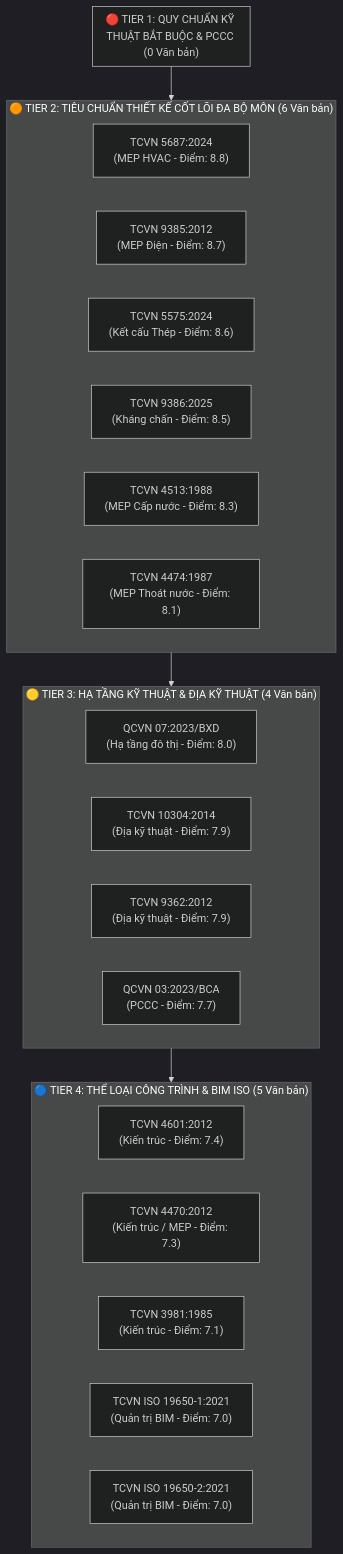
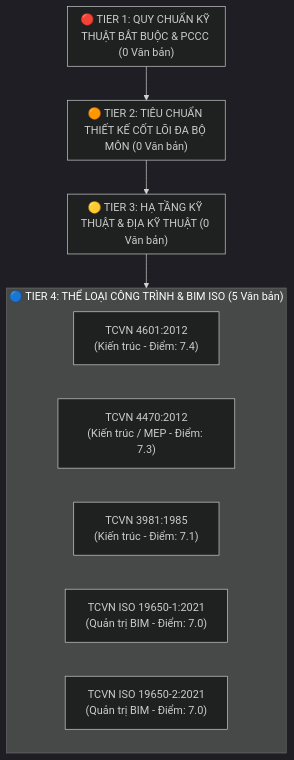
Before and after one commit to vvChu/ccba-legal-knowledge: the diagram in .md/knowledge/expansion_roadmap.md, drawn with Mermaid (dark theme). The commit also changed other lines of this file and 1099 other files, not shown here.

````diff
--- a/.md/knowledge/expansion_roadmap.md
+++ b/.md/knowledge/expansion_roadmap.md
@@ -23,33 +23,23 @@
 ```mermaid
 graph TD
     subgraph T1["🔴 TIER 1: QUY CHUẨN KỸ THUẬT BẮT BUỘC & PCCC (0 Văn bản)"]
     end
 
-    subgraph T2["🟠 TIER 2: TIÊU CHUẨN THIẾT KẾ CỐT LÕI ĐA BỘ MÔN (6 Văn bản)"]
-        T2_1["TCVN 5687:2024<br/>(MEP HVAC - Điểm: 8.8)"]
-        T2_2["TCVN 9385:2012<br/>(MEP Điện - Điểm: 8.7)"]
-        T2_3["TCVN 5575:2024<br/>(Kết cấu Thép - Điểm: 8.6)"]
-        T2_4["TCVN 9386:2025<br/>(Kháng chấn - Điểm: 8.5)"]
-        T2_5["TCVN 4513:1988<br/>(MEP Cấp nước - Điểm: 8.3)"]
-        T2_6["TCVN 4474:1987<br/>(MEP Thoát nước - Điểm: 8.1)"]
+    subgraph T2["🟠 TIER 2: TIÊU CHUẨN THIẾT KẾ CỐT LÕI ĐA BỘ MÔN (0 Văn bản)"]
     end
 
-    subgraph T3["🟡 TIER 3: HẠ TẦNG KỸ THUẬT & ĐỊA KỸ THUẬT (4 Văn bản)"]
-        T3_1["QCVN 07:2023/BXD<br/>(Hạ tầng đô thị - Điểm: 8.0)"]
-        T3_2["TCVN 10304:2014<br/>(Địa kỹ thuật - Điểm: 7.9)"]
-        T3_3["TCVN 9362:2012<br/>(Địa kỹ thuật - Điểm: 7.9)"]
-        T3_4["QCVN 03:2023/BCA<br/>(PCCC - Điểm: 7.7)"]
+    subgraph T3["🟡 TIER 3: HẠ TẦNG KỸ THUẬT & ĐỊA KỸ THUẬT (0 Văn bản)"]
     end
 
     subgraph T4["🔵 TIER 4: THỂ LOẠI CÔNG TRÌNH & BIM ISO (5 Văn bản)"]
         T4_1["TCVN 4601:2012<br/>(Kiến trúc - Điểm: 7.4)"]
         T4_2["TCVN 4470:2012<br/>(Kiến trúc / MEP - Điểm: 7.3)"]
         T4_3["TCVN 3981:1985<br/>(Kiến trúc - Điểm: 7.1)"]
         T4_4["TCVN ISO 19650-1:2021<br/>(Quản trị BIM - Điểm: 7.0)"]
         T4_5["TCVN ISO 19650-2:2021<br/>(Quản trị BIM - Điểm: 7.0)"]
     end
 
     T1 --> T2
     T2 --> T3
     T3 --> T4
 ```
````
